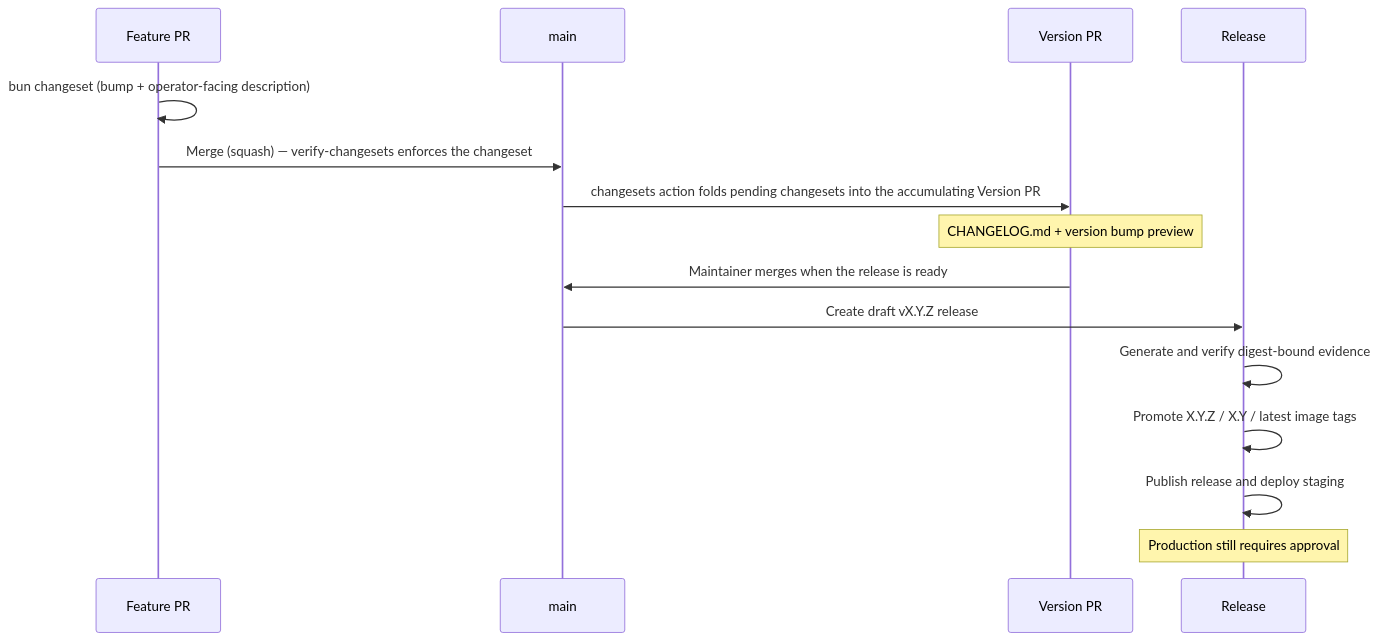
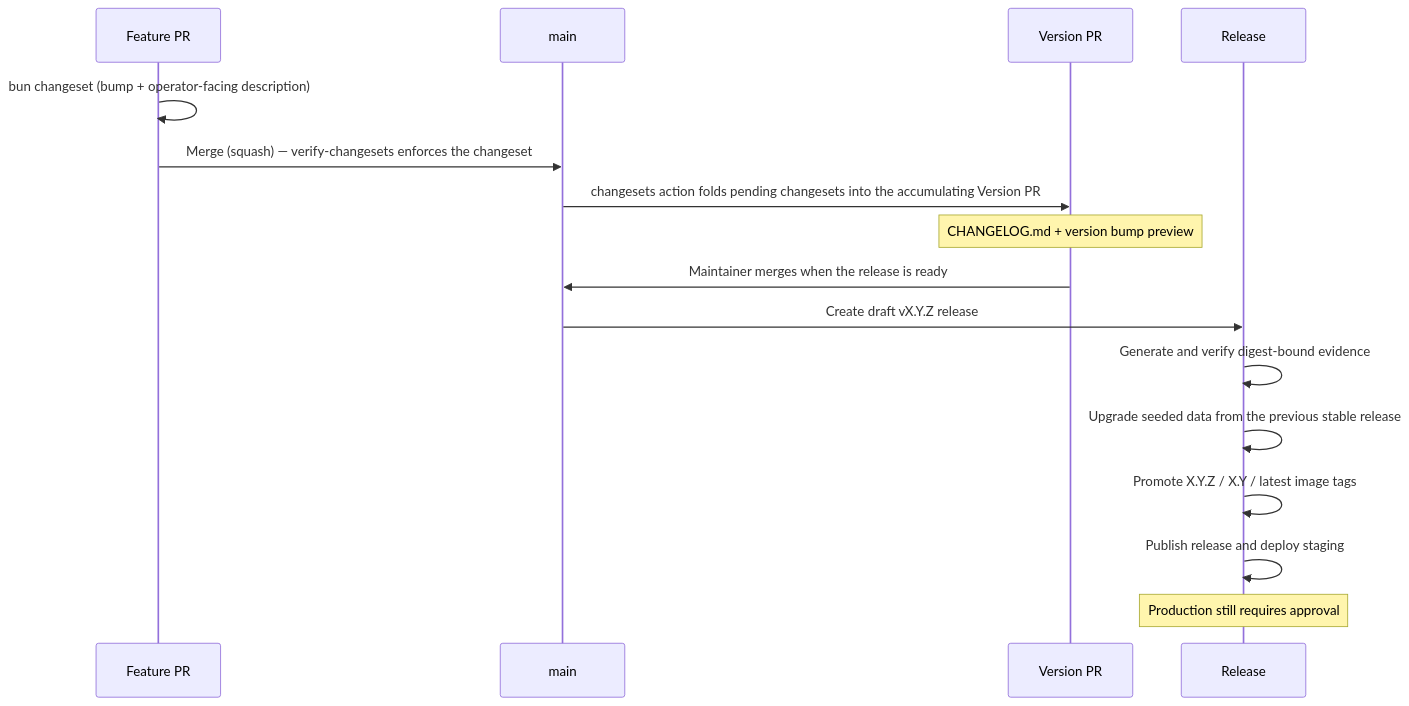
One commit to ls1intum/Hephaestus changed the diagram in docs/contributor/release-management.mdx. Above: the diagram before and after it, drawn with Mermaid. The commit also changed other lines of this file and 6 other files, not shown here.

Commit message:
ci(release): gate releases on seeded N-1 upgrades (#1615)

````diff
--- a/docs/contributor/release-management.mdx
+++ b/docs/contributor/release-management.mdx
@@ -21,20 +21,21 @@
 ```mermaid
 sequenceDiagram
     accTitle: Changesets release workflow
     accDescr: Feature pull requests add changesets, the version pull request consumes them, and merging the version pull request publishes the release.
     participant PR as Feature PR
     participant M as main
     participant VP as Version PR
     participant R as Release
 
     PR->>PR: bun changeset (bump + operator-facing description)
     PR->>M: Merge (squash) — verify-changesets enforces the changeset
     M->>VP: changesets action folds pending changesets into the accumulating Version PR
     Note over VP: CHANGELOG.md + version bump preview
     VP->>M: Maintainer merges when the release is ready
     M->>R: Create draft vX.Y.Z release
     R->>R: Generate and verify digest-bound evidence
+    R->>R: Upgrade seeded data from the previous stable release
     R->>R: Promote X.Y.Z / X.Y / latest image tags
     R->>R: Publish release and deploy staging
     Note over R: Production still requires approval
 ```
````
